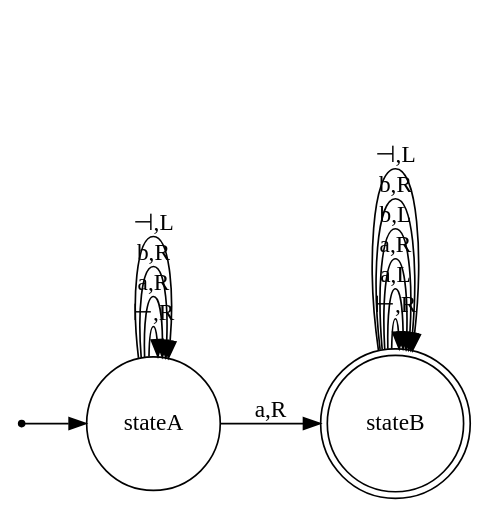
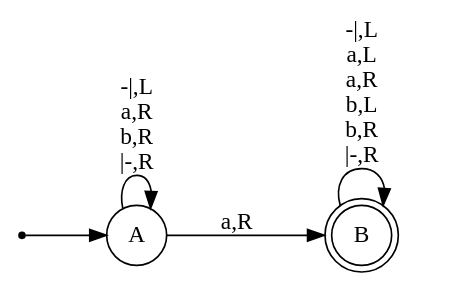
Before and after one commit to evgkaptsov/SCI19-3912-Project1-2-Group-17: the diagram in data/json2NFA1.dot, drawn with Graphviz. The commit also changed 6 other files, not shown here.

Commit message:
graph generator for 2NFAs (need to be tested!)

```diff
--- a/data/json2NFA1.dot
+++ b/data/json2NFA1.dot
@@ -1,18 +1,10 @@
 digraph TwoNFA {
     rankdir=LR;
-    node [shape = doublecircle]; stateB ;
+    node [shape = doublecircle]; B ;
     node [shape = circle];
     start [shape=point];
-    start -> stateA;
-    stateA -> stateA [label="⊢,R"];
-    stateA -> stateA [label="a,R"];
-    stateA -> stateB [label="a,R"];
-    stateA -> stateA [label="b,R"];
-    stateA -> stateA [label="⊣,L"];
-    stateB -> stateB [label="⊢,R"];
-    stateB -> stateB [label="a,L"];
-    stateB -> stateB [label="a,R"];
-    stateB -> stateB [label="b,L"];
-    stateB -> stateB [label="b,R"];
-    stateB -> stateB [label="⊣,L"];
+    start -> A;
+    A -> A [label="-|,L\na,R\nb,R\n|-,R"];
+    A -> B [label="a,R"];
+    B -> B [label="-|,L\na,L\na,R\nb,L\nb,R\n|-,R"];
 }
```
